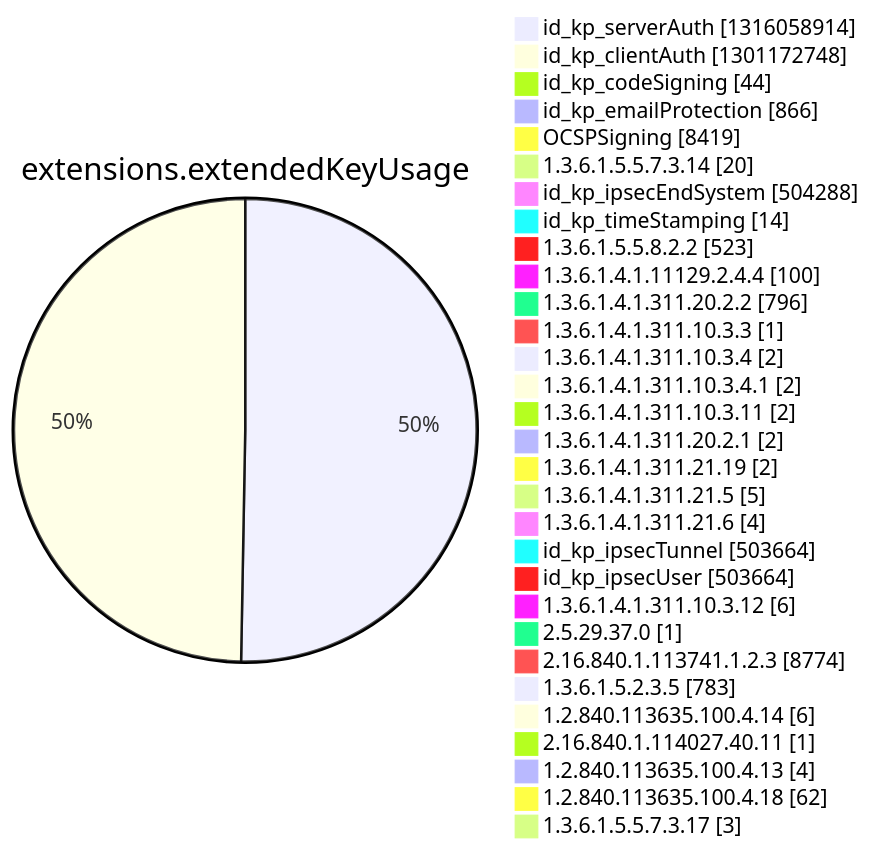
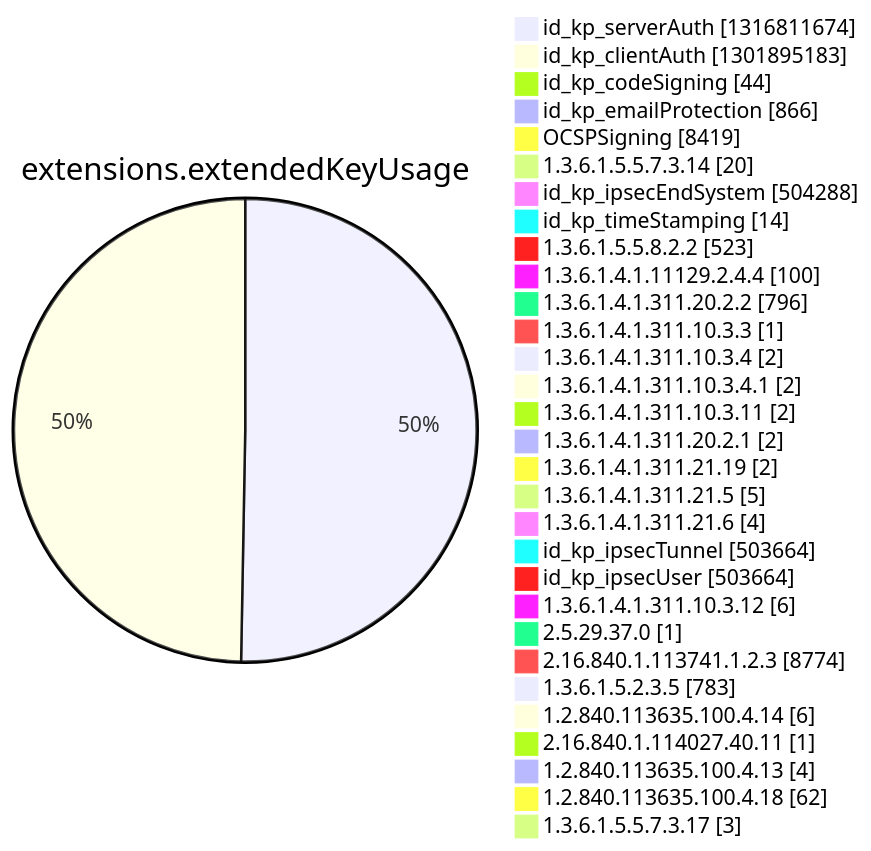
One commit to christiankrug/ctmonitor_visualization changed diagram 12 of 15 in argon2022/README.md. Above: the diagram before and after it, drawn with Mermaid. The commit also changed other lines of this file, not shown here.

````diff
--- a/argon2022/README.md
+++ b/argon2022/README.md
@@ -3552,34 +3552,34 @@
 ```mermaid
 pie showData
 title extensions.extendedKeyUsage
-"id_kp_serverAuth" :1316058914
-"id_kp_clientAuth" :1301172748
+"id_kp_serverAuth" :1316811674
+"id_kp_clientAuth" :1301895183
 "id_kp_codeSigning" :44
 "id_kp_emailProtection" :866
 "OCSPSigning" :8419
 "1.3.6.1.5.5.7.3.14" :20
 "id_kp_ipsecEndSystem" :504288
 "id_kp_timeStamping" :14
 "1.3.6.1.5.5.8.2.2" :523
 "1.3.6.1.4.1.11129.2.4.4" :100
 "1.3.6.1.4.1.311.20.2.2" :796
 "1.3.6.1.4.1.311.10.3.3" :1
 "1.3.6.1.4.1.311.10.3.4" :2
 "1.3.6.1.4.1.311.10.3.4.1" :2
 "1.3.6.1.4.1.311.10.3.11" :2
 "1.3.6.1.4.1.311.20.2.1" :2
 "1.3.6.1.4.1.311.21.19" :2
 "1.3.6.1.4.1.311.21.5" :5
 "1.3.6.1.4.1.311.21.6" :4
 "id_kp_ipsecTunnel" :503664
 "id_kp_ipsecUser" :503664
 "1.3.6.1.4.1.311.10.3.12" :6
 "2.5.29.37.0" :1
 "2.16.840.1.113741.1.2.3" :8774
 "1.3.6.1.5.2.3.5" :783
 "1.2.840.113635.100.4.14" :6
 "2.16.840.1.114027.40.11" :1
 "1.2.840.113635.100.4.13" :4
 "1.2.840.113635.100.4.18" :62
 "1.3.6.1.5.5.7.3.17" :3
 ```
````
